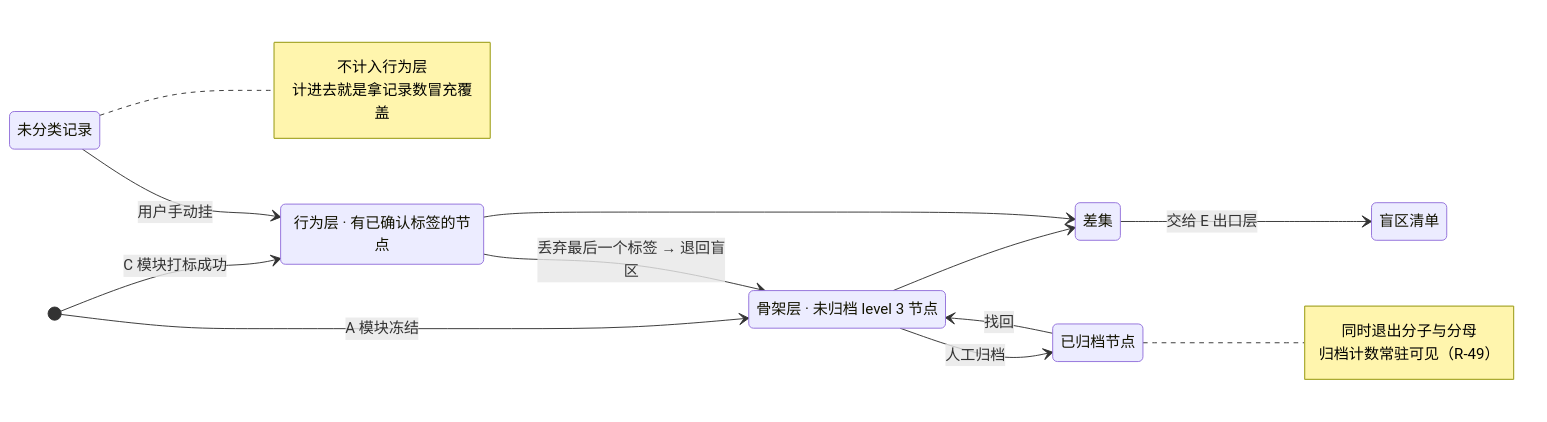
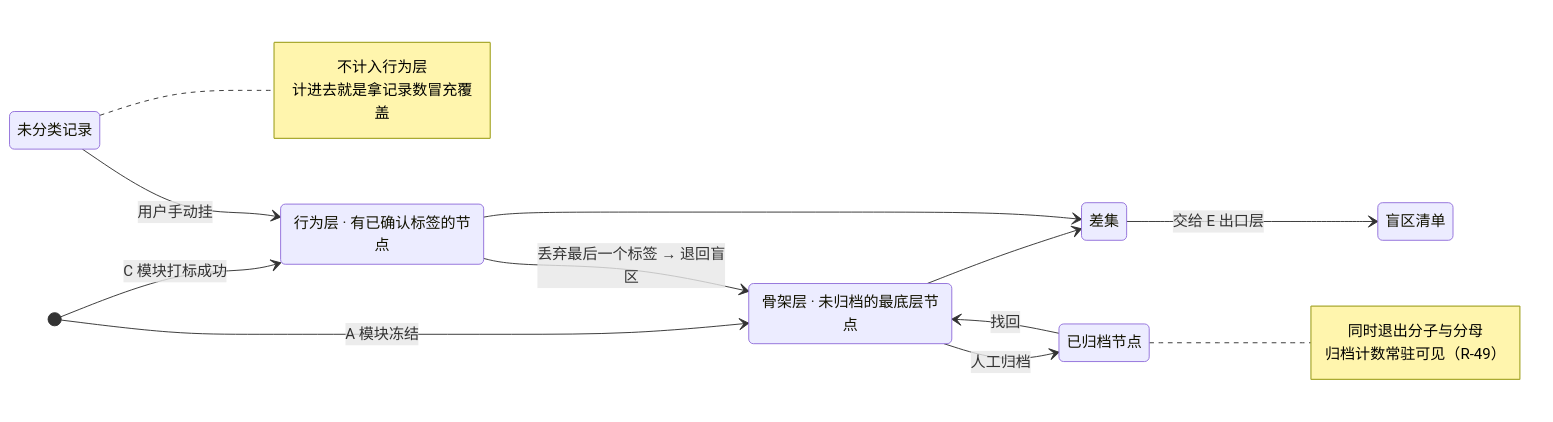
The diagram in docs/product/26-模块D-差集层.md (chenyuanjin/kubic), drawn with Mermaid before and after one commit. The commit also changed other lines of this file and 20 other files, not shown here.

````diff
--- a/docs/product/26-模块D-差集层.md
+++ b/docs/product/26-模块D-差集层.md
@@ -87,28 +88,28 @@
 ```mermaid
 stateDiagram-v2
     direction LR
-    state "骨架层 · 未归档 level 3 节点" as SY
+    state "骨架层 · 未归档的最底层节点" as SY
     state "行为层 · 有已确认标签的节点" as BE
     state "未分类记录" as UNC
     state "已归档节点" as ARC
 
     [*] --> SY: A 模块冻结
     [*] --> BE: C 模块打标成功
     UNC --> BE: 用户手动挂
     BE --> SY: 丢弃最后一个标签 → 退回盲区
 
     SY --> 差集
     BE --> 差集
     差集 --> 盲区清单: 交给 E 出口层
 
     SY --> ARC: 人工归档
     ARC --> SY: 找回
     note right of ARC
         同时退出分子与分母
         归档计数常驻可见（R-49）
     end note
     note right of UNC
         不计入行为层
         计进去就是拿记录数冒充覆盖
     end note
 ```
````
